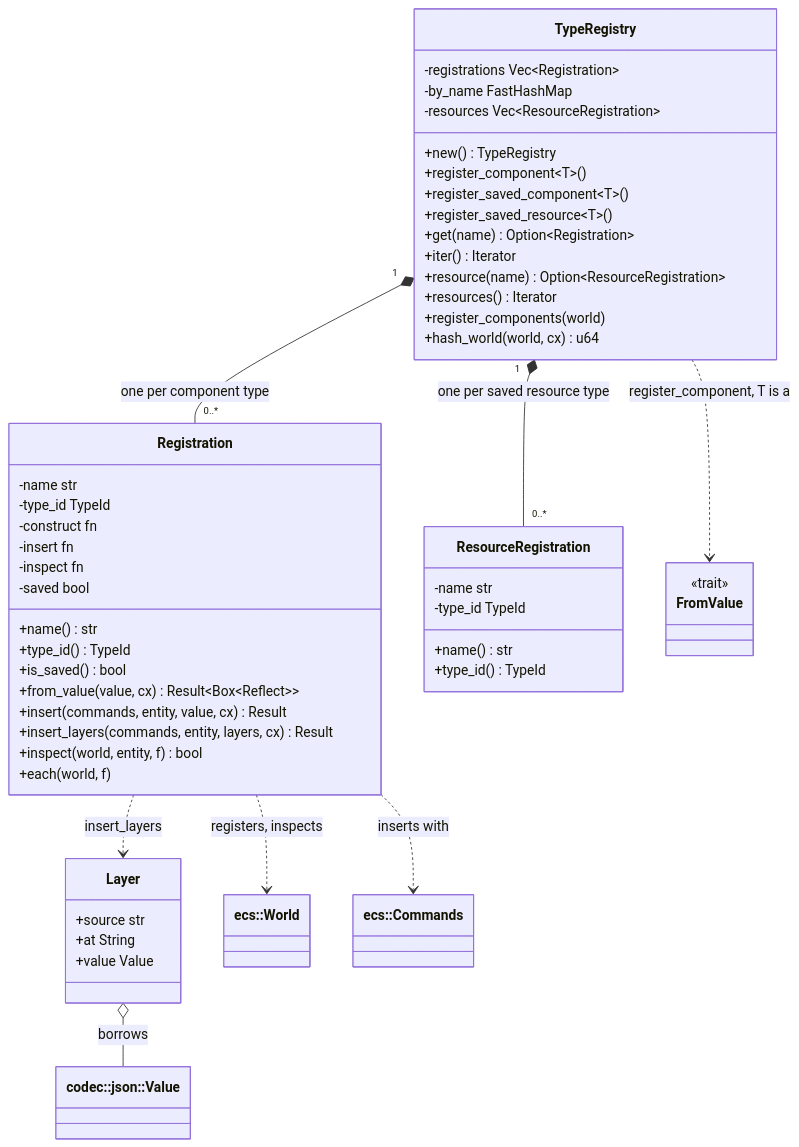
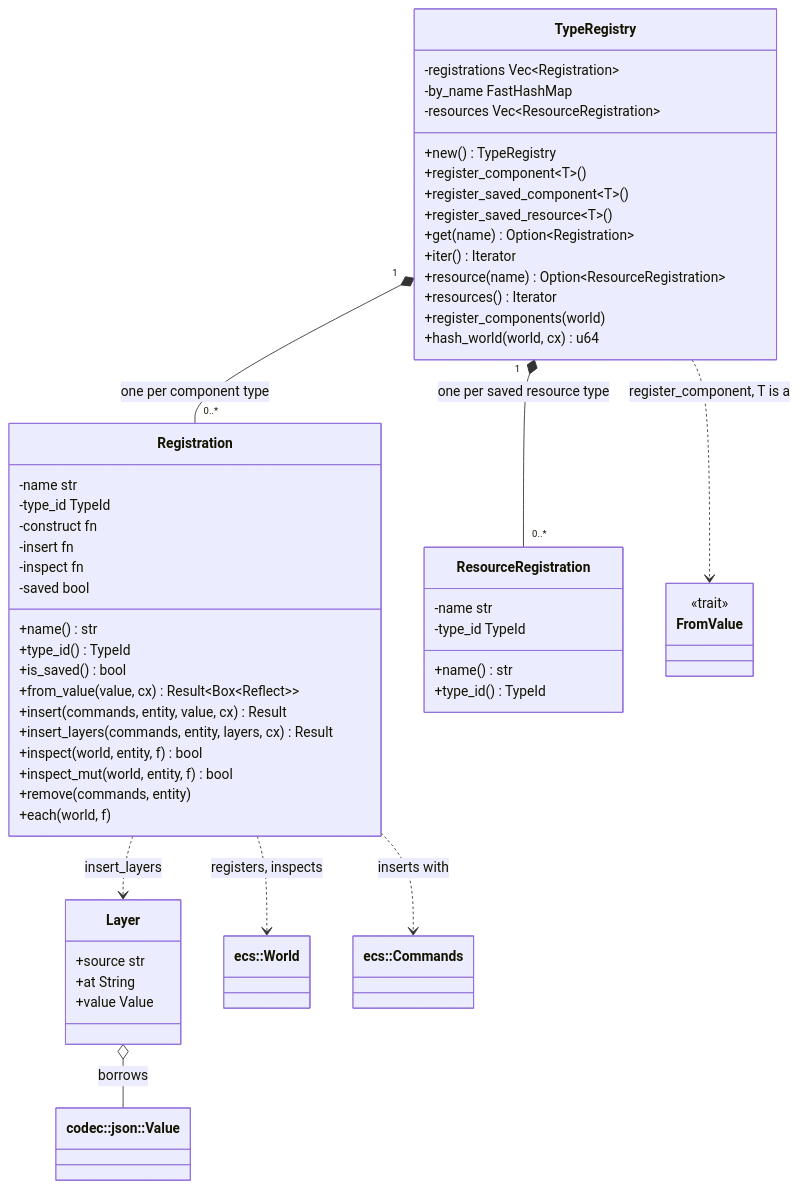
Before and after one commit to jabbott-iii/Nadir: diagram 11 of 37 in diagrams/class-diagram.md, drawn with Mermaid. The commit also changed other lines of this file and 38 other files, not shown here.

````diff
--- a/diagrams/class-diagram.md
+++ b/diagrams/class-diagram.md
@@ -868,59 +877,61 @@
 ```mermaid
 classDiagram
     direction TB
     class TypeRegistry {
         -registrations Vec~Registration~
         -by_name FastHashMap
         -resources Vec~ResourceRegistration~
         +new() TypeRegistry
         +register_component~T~()
         +register_saved_component~T~()
         +register_saved_resource~T~()
         +get(name) Option~Registration~
         +iter() Iterator
         +resource(name) Option~ResourceRegistration~
         +resources() Iterator
         +register_components(world)
         +hash_world(world, cx) u64
     }
     class Registration {
         -name str
         -type_id TypeId
         -construct fn
         -insert fn
         -inspect fn
         -saved bool
         +name() str
         +type_id() TypeId
         +is_saved() bool
         +from_value(value, cx) Result~Box~Reflect~~
         +insert(commands, entity, value, cx) Result
         +insert_layers(commands, entity, layers, cx) Result
         +inspect(world, entity, f) bool
+        +inspect_mut(world, entity, f) bool
+        +remove(commands, entity)
         +each(world, f)
     }
     class ResourceRegistration {
         -name str
         -type_id TypeId
         +name() str
         +type_id() TypeId
     }
     class Layer {
         +source str
         +at String
         +value Value
     }
     class FromValue {
         <<trait>>
     }
     class Value["codec::json::Value"]
     class World["ecs::World"]
     class Commands["ecs::Commands"]
     TypeRegistry "1" *-- "0..*" Registration : one per component type
     TypeRegistry "1" *-- "0..*" ResourceRegistration : one per saved resource type
     TypeRegistry ..> FromValue : register_component, T is a
     Registration ..> Commands : inserts with
     Registration ..> World : registers, inspects
     Registration ..> Layer : insert_layers
     Layer o-- Value : borrows
 ```
````
